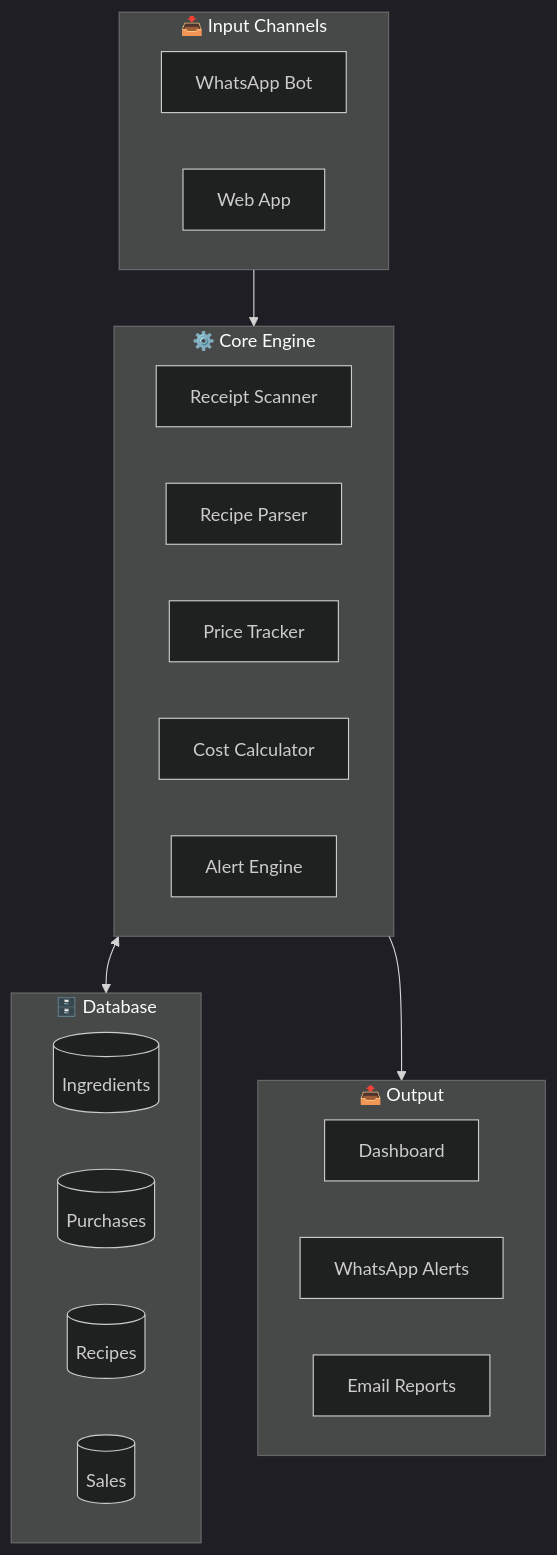
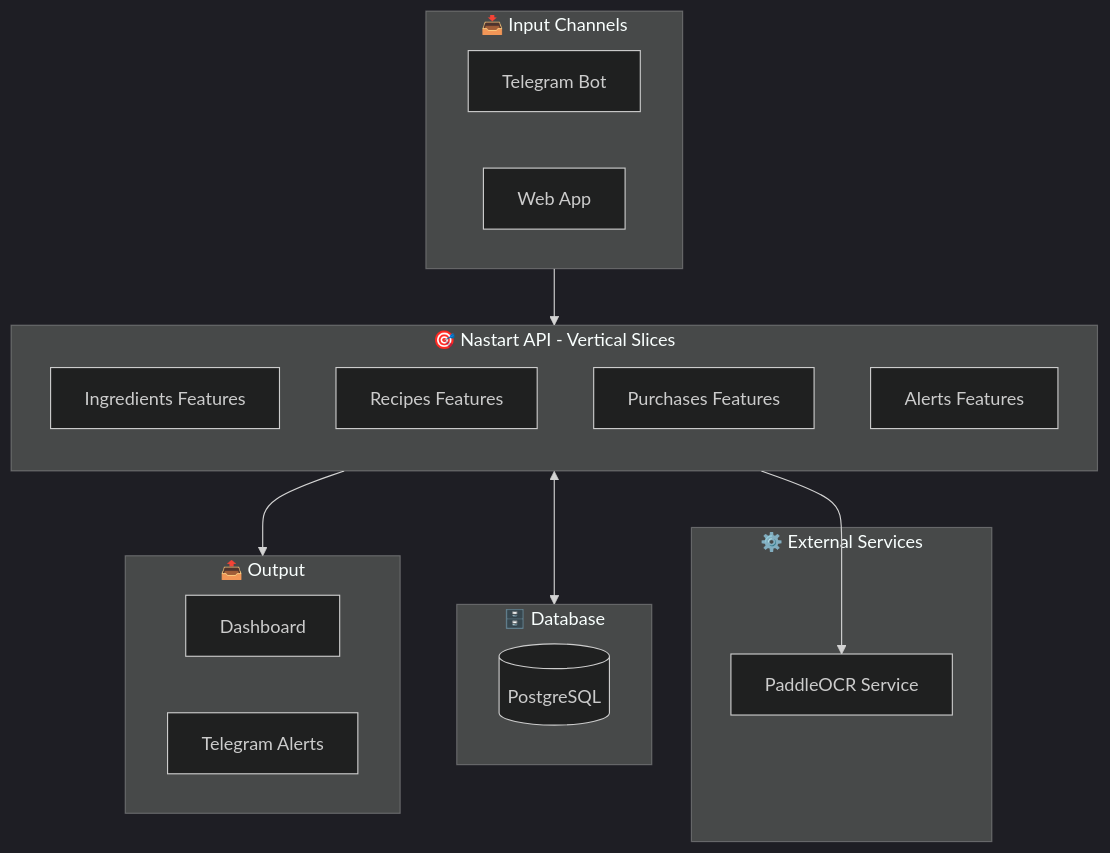
The first of 15 diagrams in docs/nastart-complete-docs.md (ardyutama/nastart), drawn with Mermaid (dark theme) before and after one commit. The commit also changed other lines of this file and 38 other files, not shown here.

Commit message:
refactor: change from microservices to vertical slice architectures and refactor lessons to VSC architecture

````diff
--- a/docs/nastart-complete-docs.md
+++ b/docs/nastart-complete-docs.md
@@ -105,32 +107,33 @@
 ```mermaid
 flowchart TB
     subgraph INPUT["📥 Input Channels"]
-        I1[WhatsApp Bot]
+        I1[Telegram Bot]
         I2[Web App]
     end
 
-    subgraph CORE["⚙️ Core Engine"]
-        C1[Receipt Scanner]
-        C2[Recipe Parser]
-        C3[Price Tracker]
-        C4[Cost Calculator]
-        C5[Alert Engine]
+    subgraph API["🎯 Nastart API - Vertical Slices"]
+        direction TB
+        F1[Ingredients Features]
+        F2[Recipes Features]
+        F3[Purchases Features]
+        F4[Alerts Features]
+    end
+
+    subgraph SERVICES["⚙️ External Services"]
+        S1[PaddleOCR Service]
     end
 
     subgraph DATA["🗄️ Database"]
-        D1[(Ingredients)]
-        D2[(Purchases)]
-        D3[(Recipes)]
-        D4[(Sales)]
+        D1[(PostgreSQL)]
     end
 
     subgraph OUTPUT["📤 Output"]
         O1[Dashboard]
-        O2[WhatsApp Alerts]
-        O3[Email Reports]
+        O2[Telegram Alerts]
     end
 
-    INPUT --> CORE
-    CORE <--> DATA
-    CORE --> OUTPUT
+    INPUT --> API
+    API <--> DATA
+    API --> S1
+    API --> OUTPUT
 ```
````
